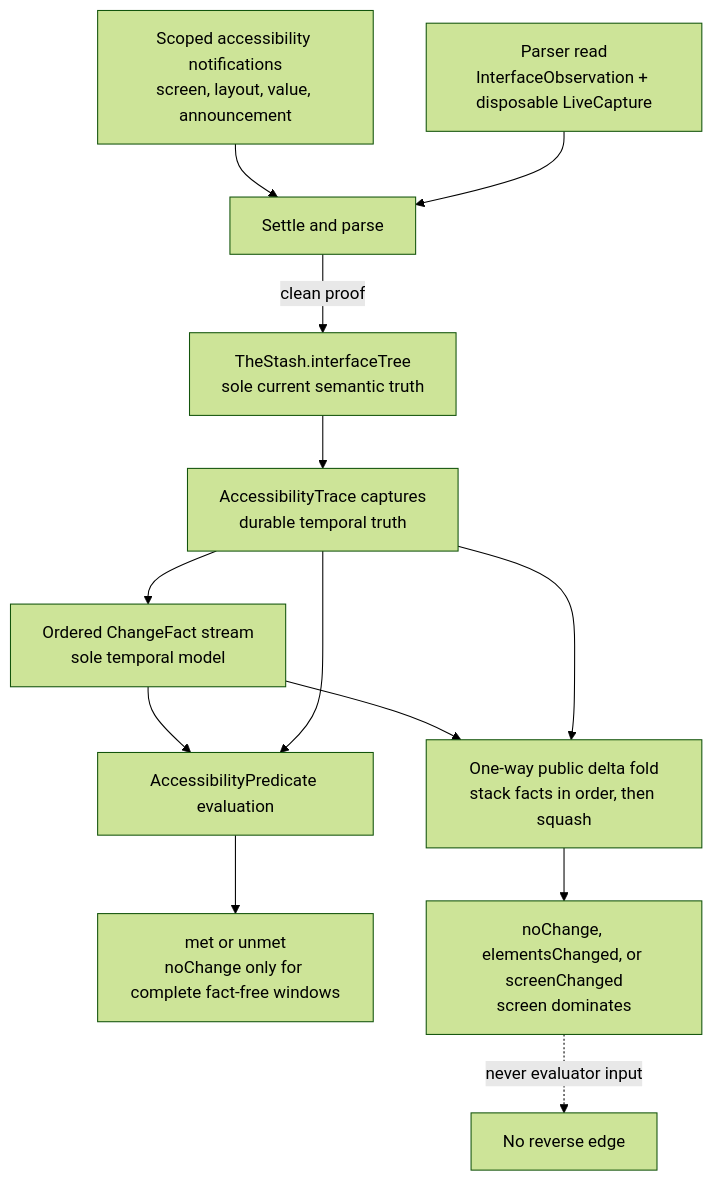
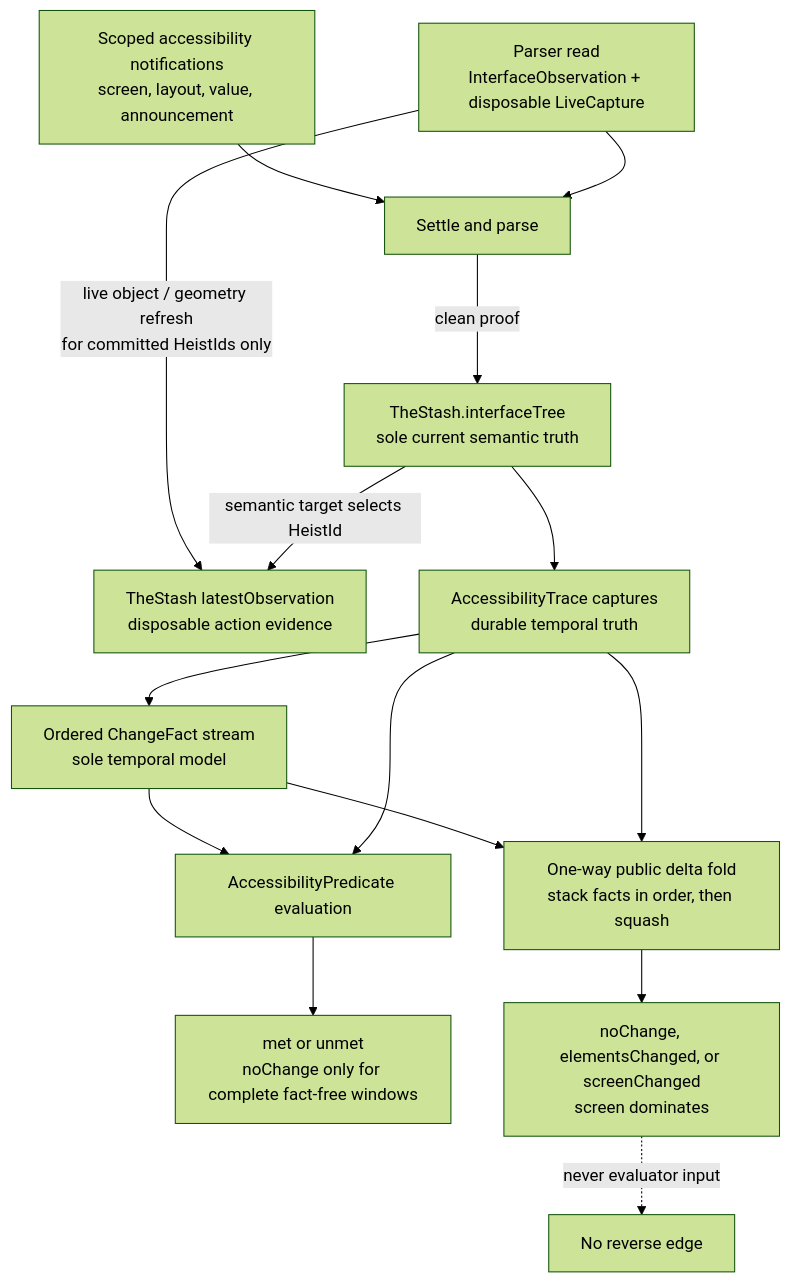
The first of 2 diagrams in docs/diagrams/observation-pipeline.md (RoyalPineapple/TheButtonHeist), drawn with Mermaid (forest theme) before and after one commit. The commit also changed other lines of this file and 7 other files, not shown here.

````diff
--- a/docs/diagrams/observation-pipeline.md
+++ b/docs/diagrams/observation-pipeline.md
@@ -22,18 +22,20 @@
 ```mermaid
 flowchart TD
     Signals["Scoped accessibility notifications<br/>screen, layout, value, announcement"] --> Settle["Settle and parse"]
     Parse["Parser read<br/>InterfaceObservation + disposable LiveCapture"] --> Settle
+    Parse -- "live object / geometry refresh<br/>for committed HeistIds only" --> Live["TheStash latestObservation<br/>disposable action evidence"]
     Settle -- "clean proof" --> Tree["TheStash.interfaceTree<br/>sole current semantic truth"]
+    Tree -- "semantic target selects HeistId" --> Live
     Tree --> Captures["AccessibilityTrace captures<br/>durable temporal truth"]
     Captures --> Facts["Ordered ChangeFact stream<br/>sole temporal model"]
 
     Facts --> Evaluate["AccessibilityPredicate evaluation"]
     Captures --> Evaluate
     Evaluate --> Verdict["met or unmet<br/>noChange only for complete fact-free windows"]
 
     Facts --> Fold["One-way public delta fold<br/>stack facts in order, then squash"]
     Captures --> Fold
     Fold --> Public["noChange, elementsChanged, or screenChanged<br/>screen dominates"]
 
     Public -. "never evaluator input" .-> Stop["No reverse edge"]
 ```
````
